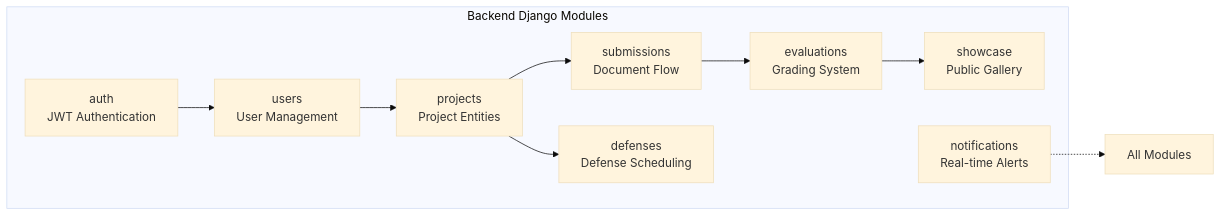
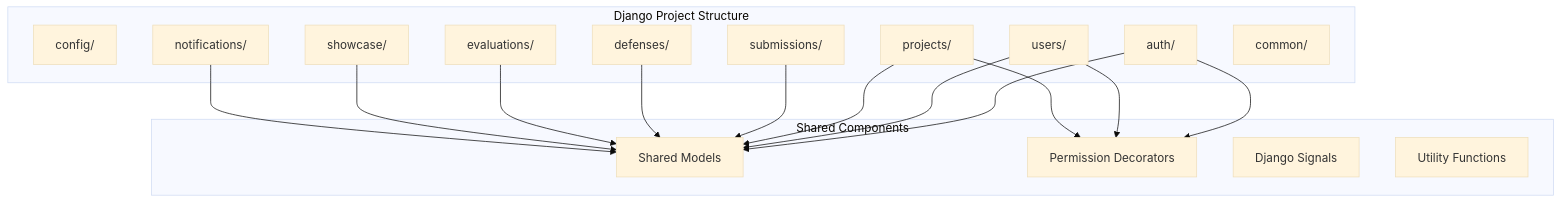
One commit to Lagmouchyoussef/PFE-Navigator changed the second of 11 diagrams in README.md. Above: the diagram before and after it, drawn with Mermaid (base theme). The commit also changed other lines of this file, not shown here.

````diff
--- a/README.md
+++ b/README.md
@@ -70,21 +110,35 @@
 ```mermaid
-graph LR
-    subgraph "Backend Django Modules"
-        AUTH[auth<br/>JWT Authentication]
-        USERS[users<br/>User Management]
-        PROJECTS[projects<br/>Project Entities]
-        SUBMISSIONS[submissions<br/>Document Flow]
-        DEFENSES[defenses<br/>Defense Scheduling]
-        EVALUATIONS[evaluations<br/>Grading System]
-        SHOWCASE[showcase<br/>Public Gallery]
-        NOTIFICATIONS[notifications<br/>Real-time Alerts]
+graph TD
+    subgraph "Django Project Structure"
+        CONFIG[config/]
+        AUTH[auth/]
+        USERS[users/]
+        PROJECTS[projects/]
+        SUBMISSIONS[submissions/]
+        DEFENSES[defenses/]
+        EVALUATIONS[evaluations/]
+        SHOWCASE[showcase/]
+        NOTIFICATIONS[notifications/]
+        COMMON[common/]
     end
     
-    AUTH --> USERS
-    USERS --> PROJECTS
-    PROJECTS --> SUBMISSIONS
-    SUBMISSIONS --> EVALUATIONS
-    PROJECTS --> DEFENSES
-    EVALUATIONS --> SHOWCASE
-    NOTIFICATIONS -.-> ALL[All Modules]
+    subgraph "Shared Components"
+        MODELS[Shared Models]
+        PERMS[Permission Decorators]
+        SIGNALS[Django Signals]
+        UTILS[Utility Functions]
+    end
+    
+    AUTH --> MODELS
+    USERS --> MODELS
+    PROJECTS --> MODELS
+    SUBMISSIONS --> MODELS
+    DEFENSES --> MODELS
+    EVALUATIONS --> MODELS
+    SHOWCASE --> MODELS
+    NOTIFICATIONS --> MODELS
+    
+    AUTH --> PERMS
+    USERS --> PERMS
+    PROJECTS --> PERMS
 ```
````
